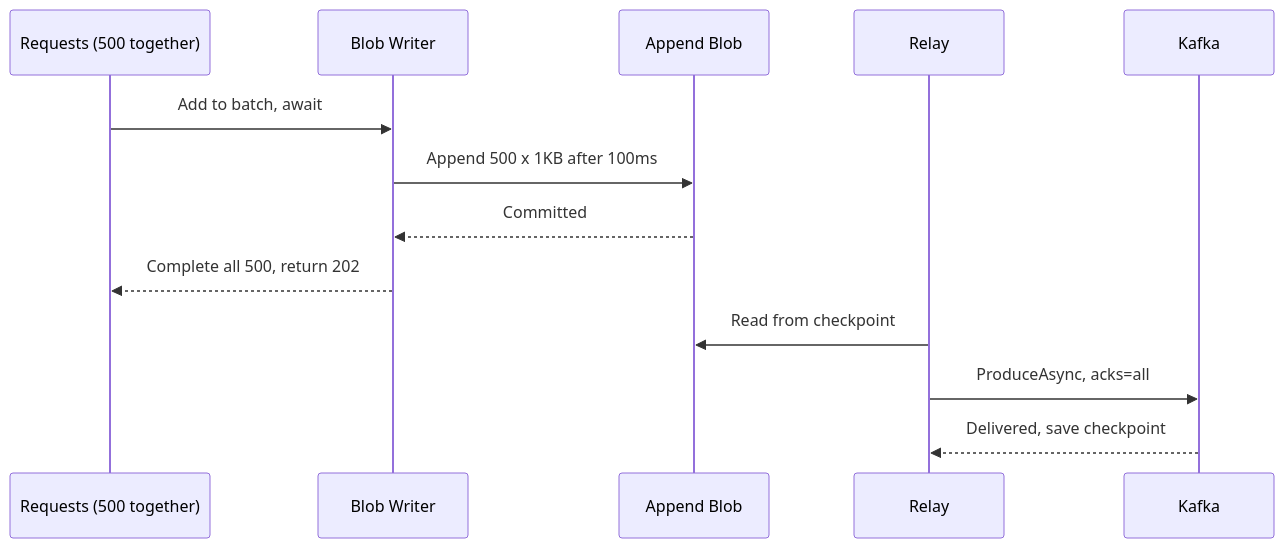
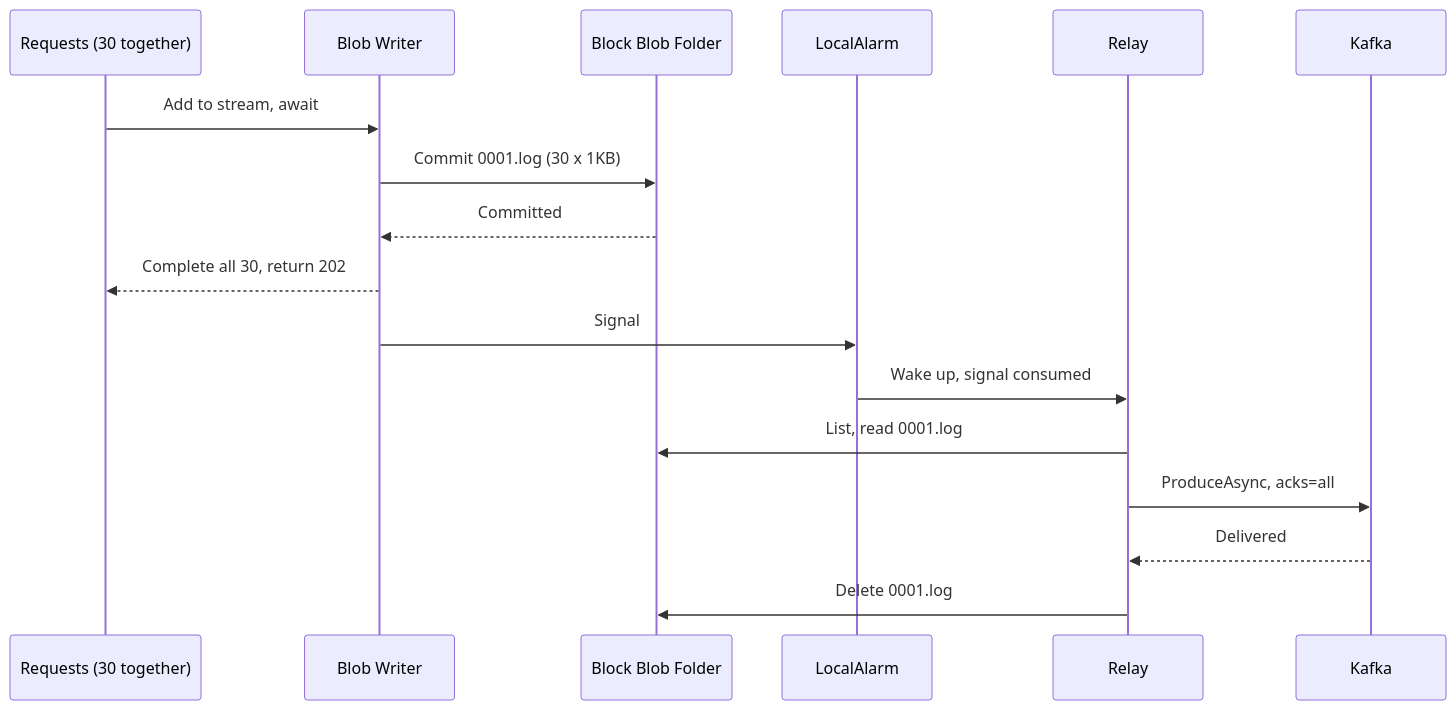
One commit to wesamkhateeb98-creator/OutMessageToKafka changed the first of 3 diagrams in docs/blob-stream-buffer.md. Above: the diagram before and after it, drawn with Mermaid. The commit also changed other lines of this file, not shown here.

First line of the commit message:
docs: switch blob buffer design to one Block Blob per batch

````diff
--- a/docs/blob-stream-buffer.md
+++ b/docs/blob-stream-buffer.md
@@ -18,15 +21,19 @@
 ```mermaid
 sequenceDiagram
-    participant R as Requests (500 together)
+    participant R as Requests (30 together)
     participant W as Blob Writer
-    participant B as Append Blob
+    participant B as Block Blob Folder
+    participant L as LocalAlarm
     participant F as Relay
     participant K as Kafka
-    R->>W: Add to batch, await
-    W->>B: Append 500 x 1KB after 100ms
+    R->>W: Add to stream, await
+    W->>B: Commit 0001.log (30 x 1KB)
     B-->>W: Committed
-    W-->>R: Complete all 500, return 202
-    F->>B: Read from checkpoint
+    W-->>R: Complete all 30, return 202
+    W->>L: Signal
+    L->>F: Wake up, signal consumed
+    F->>B: List, read 0001.log
     F->>K: ProduceAsync, acks=all
-    K-->>F: Delivered, save checkpoint
+    K-->>F: Delivered
+    F->>B: Delete 0001.log
 ```
````
